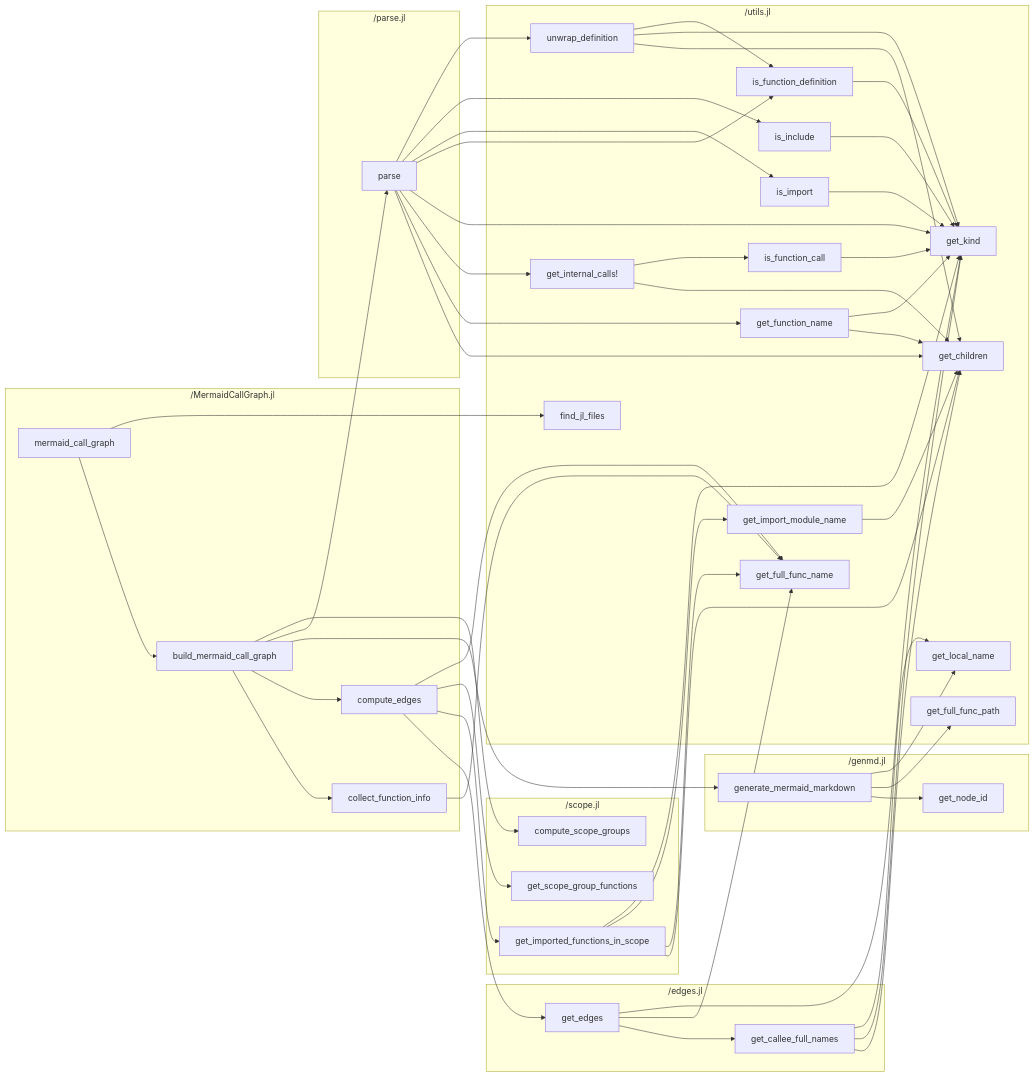
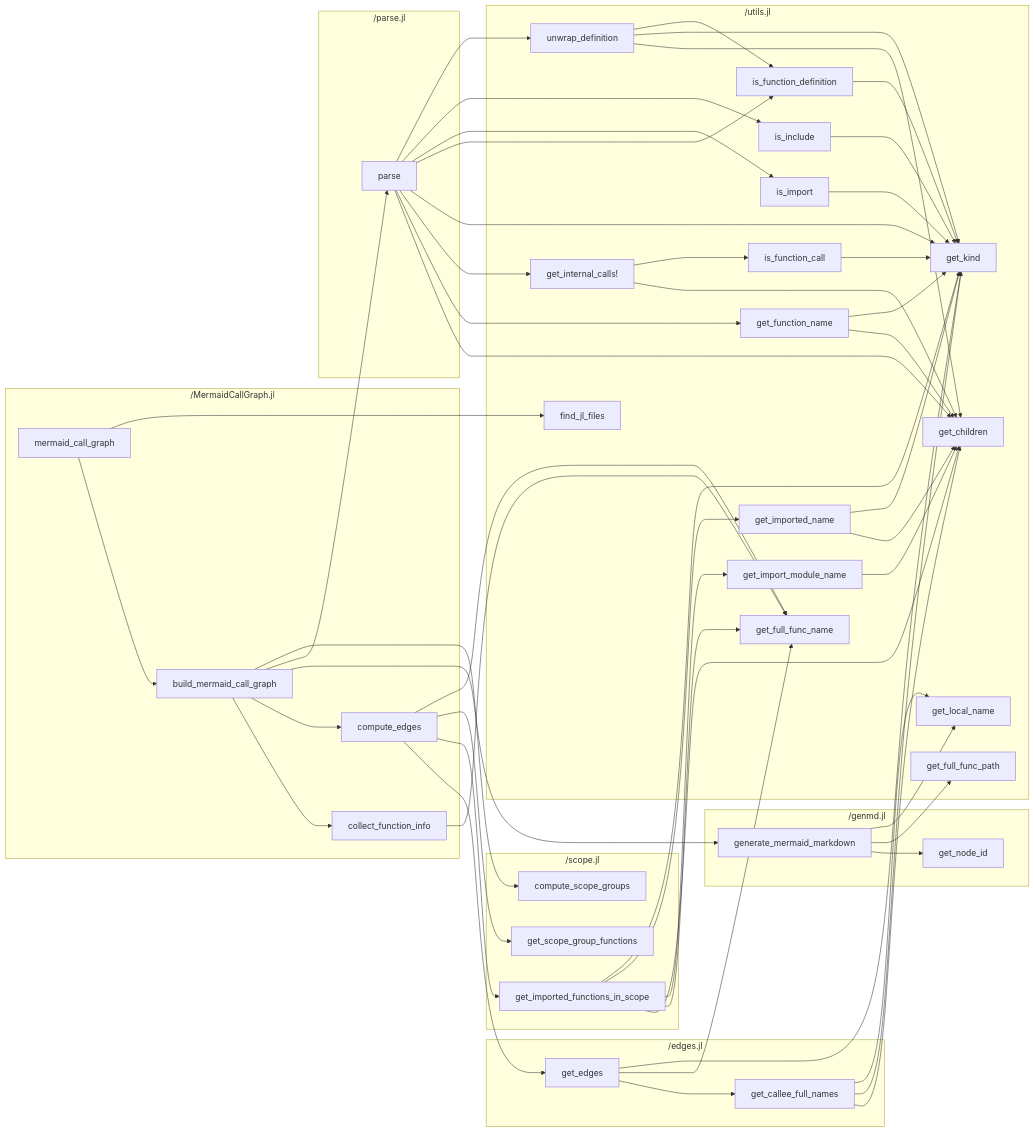
One commit to t-garin/MermaidCallGraph.jl changed the diagram in README.md. Above: the diagram before and after it, drawn with Mermaid. The commit also changed 5 other files, not shown here.

```diff
--- a/README.md
+++ b/README.md
@@ -41,6 +41,7 @@
         _utils_jl_get_full_func_path["get_full_func_path"]
         _utils_jl_get_function_name["get_function_name"]
         _utils_jl_get_import_module_name["get_import_module_name"]
+        _utils_jl_get_imported_name["get_imported_name"]
         _utils_jl_get_internal_calls_["get_internal_calls!"]
         _utils_jl_get_kind["get_kind"]
         _utils_jl_get_local_name["get_local_name"]
@@ -82,10 +83,13 @@
     _scope_jl_get_imported_functions_in_scope --> _utils_jl_get_children
     _scope_jl_get_imported_functions_in_scope --> _utils_jl_get_full_func_name
     _scope_jl_get_imported_functions_in_scope --> _utils_jl_get_import_module_name
+    _scope_jl_get_imported_functions_in_scope --> _utils_jl_get_imported_name
     _scope_jl_get_imported_functions_in_scope --> _utils_jl_get_kind
     _utils_jl_get_function_name --> _utils_jl_get_children
     _utils_jl_get_function_name --> _utils_jl_get_kind
     _utils_jl_get_import_module_name --> _utils_jl_get_children
+    _utils_jl_get_imported_name --> _utils_jl_get_children
+    _utils_jl_get_imported_name --> _utils_jl_get_kind
     _utils_jl_get_internal_calls_ --> _utils_jl_get_children
     _utils_jl_get_internal_calls_ --> _utils_jl_is_function_call
     _utils_jl_is_function_call --> _utils_jl_get_kind
```
